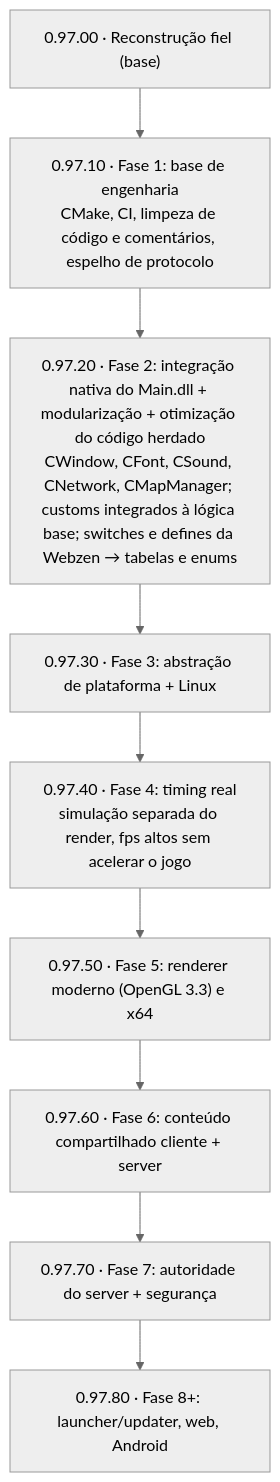
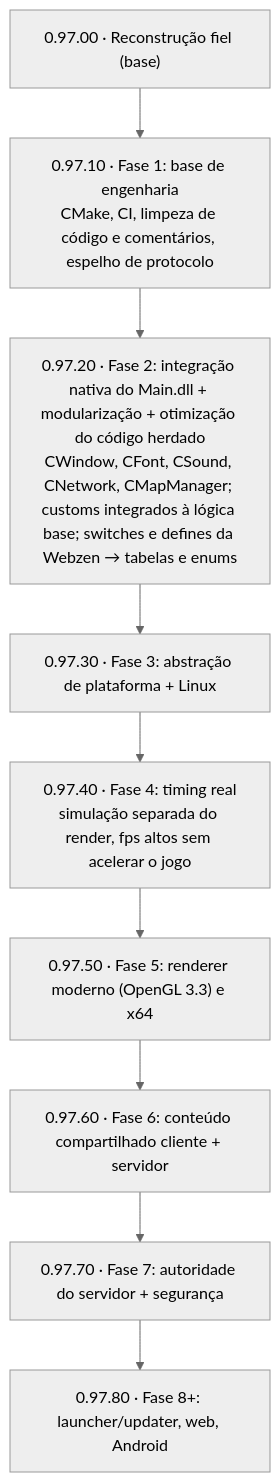
One commit to EmanuelCatania/Mu-97k-Client-Source changed the first of 2 diagrams in README.pt-BR.md. Above: the diagram before and after it, drawn with Mermaid (neutral theme). The commit also changed other lines of this file and 2 other files, not shown here.

First line of the commit message:
README: reordenar por uso y actualizar al estado de la Fase 3

````diff
--- a/README.pt-BR.md
+++ b/README.pt-BR.md
@@ -524,12 +549,12 @@
 ```mermaid
 flowchart TD
     F0["0.97.00 · Reconstrução fiel (base)"] --> F1
     F1["0.97.10 · Fase 1: base de engenharia<br/>CMake, CI, limpeza de código e comentários, espelho de protocolo"] --> F2
     F2["0.97.20 · Fase 2: integração nativa do Main.dll + modularização + otimização do código herdado<br/>CWindow, CFont, CSound, CNetwork, CMapManager; customs integrados à lógica base; switches e defines da Webzen → tabelas e enums"] --> F3
     F3["0.97.30 · Fase 3: abstração de plataforma + Linux"] --> F4
     F4["0.97.40 · Fase 4: timing real<br/>simulação separada do render, fps altos sem acelerar o jogo"] --> F5
     F5["0.97.50 · Fase 5: renderer moderno (OpenGL 3.3) e x64"] --> F6
-    F6["0.97.60 · Fase 6: conteúdo compartilhado cliente + server"] --> F7
-    F7["0.97.70 · Fase 7: autoridade do server + segurança"] --> F8
+    F6["0.97.60 · Fase 6: conteúdo compartilhado cliente + servidor"] --> F7
+    F7["0.97.70 · Fase 7: autoridade do servidor + segurança"] --> F8
     F8["0.97.80 · Fase 8+: launcher/updater, web, Android"]
 ```
````
